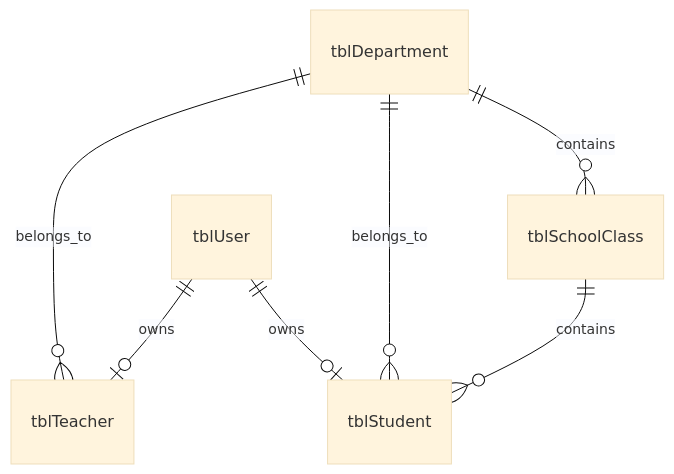
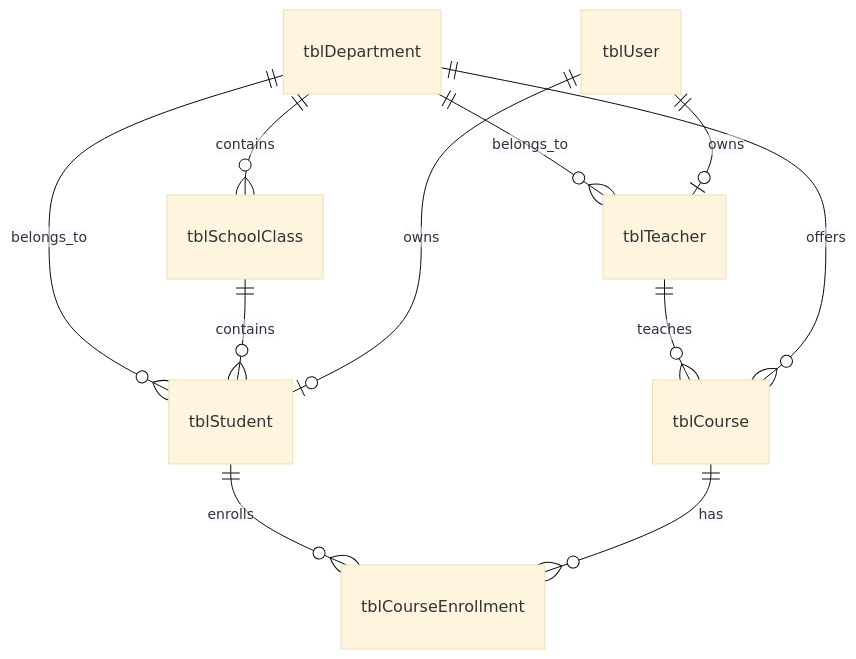
One commit to WXH-seu/SEU-CS-SummerSchool-2026 changed the diagram in docs/数据库设计说明.md. Above: the diagram before and after it, drawn with Mermaid (base theme). The commit also changed other lines of this file and 25 other files, not shown here.

````diff
--- a/docs/数据库设计说明.md
+++ b/docs/数据库设计说明.md
@@ -13,9 +13,13 @@
 ```mermaid
 erDiagram
     tblDepartment ||--o{ tblSchoolClass : contains
     tblDepartment ||--o{ tblStudent : belongs_to
     tblDepartment ||--o{ tblTeacher : belongs_to
     tblSchoolClass ||--o{ tblStudent : contains
     tblUser ||--o| tblStudent : owns
     tblUser ||--o| tblTeacher : owns
+    tblTeacher ||--o{ tblCourse : teaches
+    tblDepartment ||--o{ tblCourse : offers
+    tblStudent ||--o{ tblCourseEnrollment : enrolls
+    tblCourse ||--o{ tblCourseEnrollment : has
 ```
````
